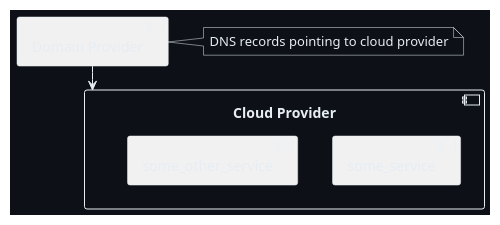
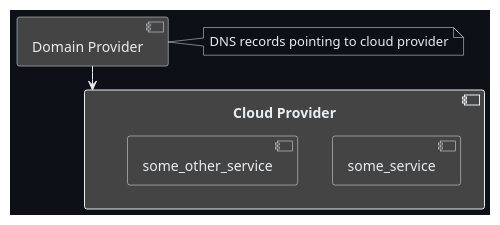
Before and after one commit to sommerfeld-io/infrastructure-config: the diagram in docs/modules/arc42-docs/pages/05-building-block-view.adoc, drawn with PlantUML.

Commit message:
changed plantuml styles

```diff
--- a/docs/modules/arc42-docs/pages/05-building-block-view.adoc
+++ b/docs/modules/arc42-docs/pages/05-building-block-view.adoc
@@ -34,50 +34,57 @@
 [plantuml, puml-build-image, svg]
 ----
 @startuml
 
 skinparam linetype ortho
 skinparam monochrome false
 skinparam componentStyle uml2
 skinparam backgroundColor #0D1117
 skinparam ArrowColor #e6edf3
 skinparam NoteBorderColor #e6edf3
 skinparam NoteFontColor #e6edf3
 skinparam NoteBackgroundColor transparent
+skinparam ComponentBackgroundColor #444
 skinparam ComponentBorderColor #e6edf3
 skinparam ComponentFontColor #e6edf3
 skinparam DatabaseBorderColor #e6edf3
 skinparam DatabaseBackgroundColor #444
 skinparam DatabaseFontColor #e6edf3
 skinparam FileBorderColor #e6edf3
 skinparam FileFontColor #e6edf3
 skinparam ControlBorderColor #e6edf3
 skinparam ControlFontColor #e6edf3
 skinparam RectangleBackgroundColor transparent
 skinparam RectangleBorderColor #e6edf3
 skinparam RectangleFontColor #e6edf3
 skinparam ControlBackgroundColor transparent
 skinparam ControlBorderColor #e6edf3
 skinparam ControlFontColor #e6edf3
 skinparam HexagonBackgroundColor transparent
 skinparam HexagonBorderColor #e6edf3
 skinparam HexagonFontColor #e6edf3
 skinparam ArtifactBackgroundColor #444
 skinparam ArtifactBorderColor #e6edf3
 skinparam ArtifactFontColor #e6edf3
+skinparam CollectionsBackgroundColor #444
+skinparam CollectionsBorderColor #e6edf3
+skinparam CollectionsFontColor #e6edf3
+skinparam QueueBackgroundColor #444
+skinparam QueueBorderColor #e6edf3
+skinparam QueueFontColor #e6edf3
 skinparam defaultTextAlignment center
 skinparam activity {
-FontName Ubuntu
+  FontName Ubuntu
 }
 
 component domain_provider as "Domain Provider"
 component cloud_provider as "Cloud Provider" {
     component some_service
     component some_other_service
 }
 
 domain_provider -down-> cloud_provider
 
 note right of domain_provider: DNS records pointing to cloud provider
 
 @enduml
 ----
```
